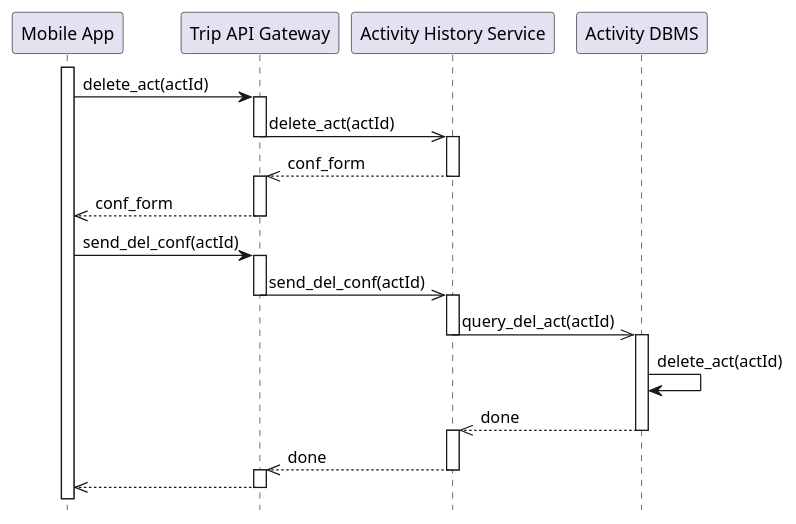
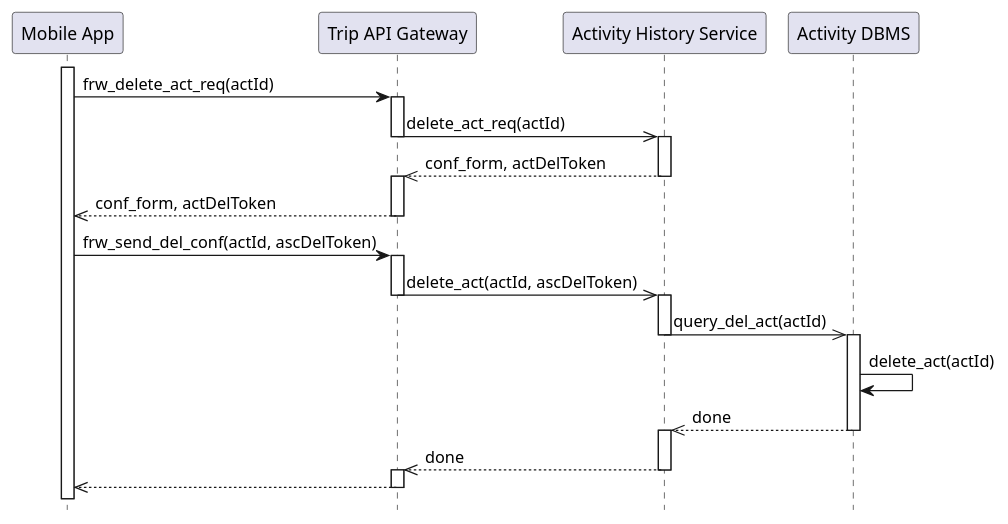
Before and after one commit to Guflie/PoliMi-SWE2-RDD-project: the diagram in diagrams/DD/sequenceDiagram/sd12_delete_activity.puml, drawn with PlantUML. The commit also changed 20 other files, not shown here.

```diff
--- a/diagrams/DD/sequenceDiagram/sd12_delete_activity.puml
+++ b/diagrams/DD/sequenceDiagram/sd12_delete_activity.puml
@@ -1,41 +1,41 @@
 @startuml sd12_delete_activity
 ' Refer to UC15
 hide footbox
 
 participant "Mobile App" as app 
 participant "Trip API Gateway" as tapi
 participant "Activity History Service" as ahs
 participant "Activity DBMS" as dba 
 
 activate app
 
-app -> tapi : delete_act(actId)
+app -> tapi : frw_delete_act_req(actId)
 activate tapi
-tapi ->> ahs : delete_act(actId)
+tapi ->> ahs : delete_act_req(actId)
 deactivate tapi
 activate ahs
-ahs -->> tapi : conf_form
+ahs -->> tapi : conf_form, actDelToken
 deactivate ahs
 activate tapi
-tapi -->> app : conf_form
+tapi -->> app : conf_form, actDelToken
 deactivate tapi
 ' --------------------------------
-app -> tapi : send_del_conf(actId)
+app -> tapi : frw_send_del_conf(actId, ascDelToken)
 activate tapi
-tapi ->> ahs : send_del_conf(actId)
+tapi ->> ahs : delete_act(actId, ascDelToken)
 deactivate tapi
 activate ahs
 ahs ->> dba : query_del_act(actId)
 deactivate ahs
 activate dba
 dba -> dba : delete_act(actId)
 dba -->> ahs : done
 deactivate dba
 activate ahs
 ahs -->> tapi : done
 deactivate ahs
 activate tapi
 tapi -->> app
 deactivate tapi
 
 @enduml
```
